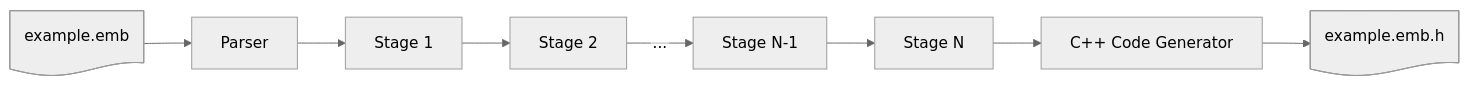
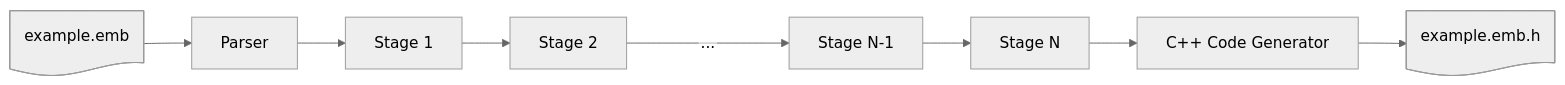
Before and after one commit to reventlov/emboss: the fourth of 5 diagrams in doc/design.md, drawn with Mermaid (neutral theme).

````diff
--- a/doc/design.md
+++ b/doc/design.md
@@ -166,19 +166,19 @@
 ```mermaid
 %%{init: {"flowchart": {"htmlLabels": false}} }%%
 graph LR
     diskstart@{ shape: doc, label: "example.emb" }
     parser["Parser"]
     stage1@{ shape: proc, label: "Stage 1" }
     stage2@{ shape: proc, label: "Stage 2" }
     stagenm1@{ shape: proc, label: "Stage N-1" }
     stagen@{ shape: proc, label: "Stage N" }
     backend["C++ Code Generator"]
     diskend@{ shape: doc, label: "example.emb.h" }
     diskstart-->parser
     parser-->stage1
     stage1-->stage2
-    stage2-- "..." -->stagenm1
+    stage2-- "..." ---->stagenm1
     stagenm1-->stagen
     stagen-->backend
     backend-->diskend
 ```
````
